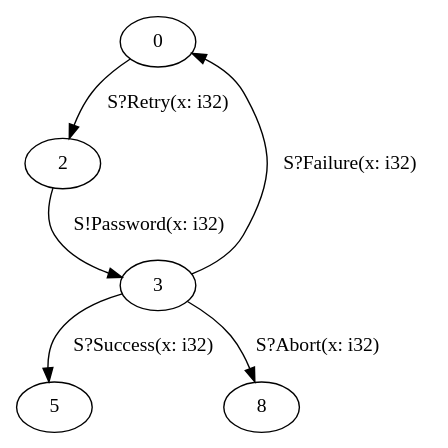
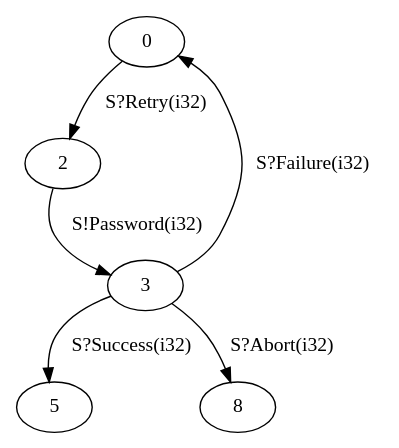
One commit to zakcutner/rumpsteak changed the diagram in examples/Running examples/simple_auth/C.dot. Above: the diagram before and after it, drawn with Graphviz. The commit also changed 2 other files, not shown here.

```diff
--- a/examples/Running examples/simple_auth/C.dot
+++ b/examples/Running examples/simple_auth/C.dot
@@ -1,15 +1,15 @@
 digraph C {
   0;
   2;
   3;
   5;
   8;
   
   
-  0 -> 2 [label="S?Retry(x: i32)", ];
-  2 -> 3 [label="S!Password(x: i32)", ];
-  3 -> 0 [label="S?Failure(x: i32)", ];
-  3 -> 5 [label="S?Success(x: i32)", ];
-  3 -> 8 [label="S?Abort(x: i32)", ];
+  0 -> 2 [label="S?Retry(i32)", ];
+  2 -> 3 [label="S!Password(i32)", ];
+  3 -> 0 [label="S?Failure(i32)", ];
+  3 -> 5 [label="S?Success(i32)", ];
+  3 -> 8 [label="S?Abort(i32)", ];
   
   }
```
